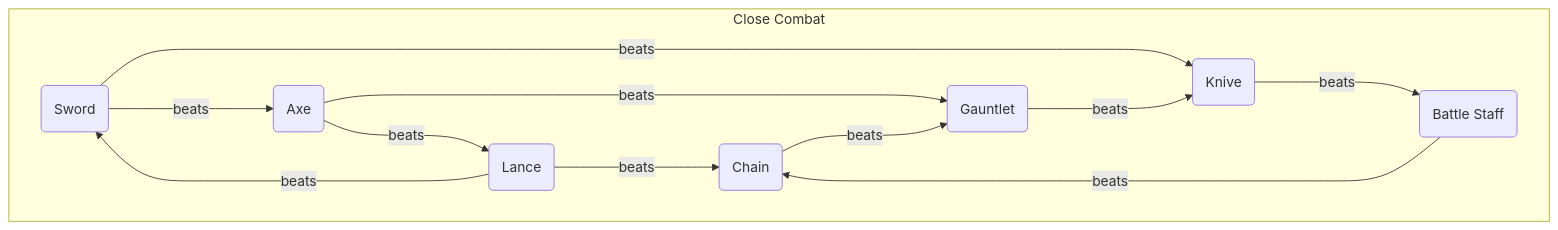
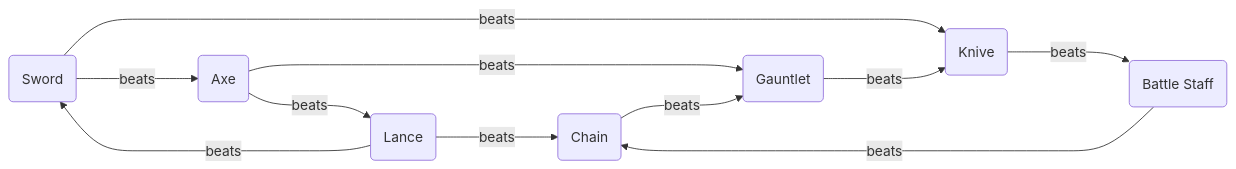
One commit to DonColon/vigilans-nexum-wiki changed the first of 2 diagrams in wiki/catalog/Weapons.md. Above: the diagram before and after it, drawn with Mermaid. The commit also changed other lines of this file and 32 other files, not shown here.

````diff
--- a/wiki/catalog/Weapons.md
+++ b/wiki/catalog/Weapons.md
@@ -1,23 +3,21 @@
 ```mermaid
-flowchart
-	subgraph Close Combat
-		sword(Sword)
-		lance(Lance)
-		axe(Axe)
-		knive(Knive)
-		gauntlet(Gauntlet)
-		chain(Chain)
-		battle-staff(Battle Staff)
-		
-		sword--beats--->axe
-		sword--beats--->knive
-		axe--beats--->lance
-		axe--beats--->gauntlet
-		lance--beats--->sword
-		lance--beats--->chain
-		gauntlet--beats--->knive
-		knive--beats--->battle-staff
-		battle-staff--beats--->chain
-		chain--beats--->gauntlet
-	end
+flowchart LR
+    sword(Sword)
+    lance(Lance)
+    axe(Axe)
+    knive(Knive)
+    gauntlet(Gauntlet)
+    chain(Chain)
+    battle-staff(Battle Staff)
+
+    sword--beats--->axe
+    sword--beats--->knive
+    axe--beats--->lance
+    axe--beats--->gauntlet
+    lance--beats--->sword
+    lance--beats--->chain
+    gauntlet--beats--->knive
+    knive--beats--->battle-staff
+    battle-staff--beats--->chain
+    chain--beats--->gauntlet
 ```
````
